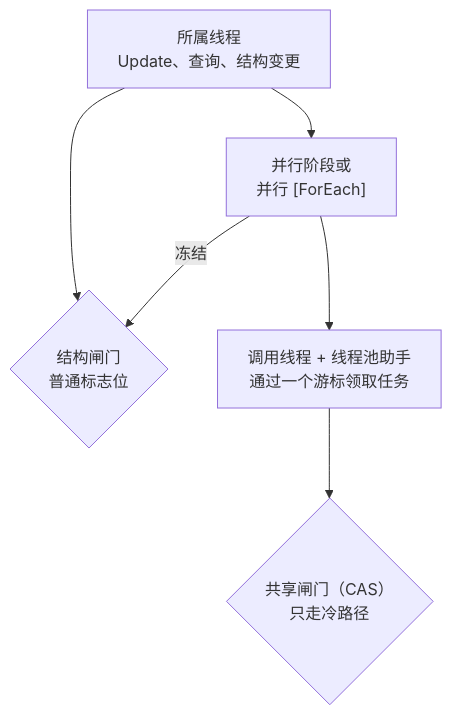
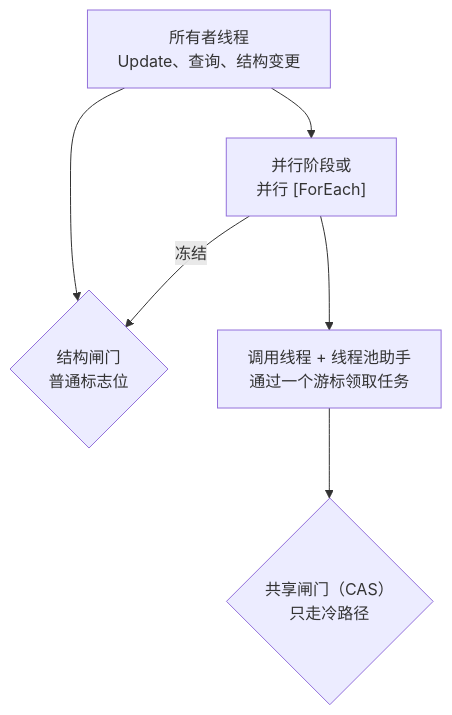
Before and after one commit to JasonXuDeveloper/EasyEcs: the sixth of 6 diagrams in docs/content/architecture.zh.mdx, drawn with Mermaid. The commit also changed other lines of this file and 19 other files, not shown here.

````diff
--- a/docs/content/architecture.zh.mdx
+++ b/docs/content/architecture.zh.mdx
@@ -240,8 +240,8 @@
 ```mermaid
 flowchart TB
-    Owner["所属线程<br/>Update、查询、结构变更"] --> Gate{"结构闸门<br/>普通标志位"}
+    Owner["所有者线程<br/>Update、查询、结构变更"] --> Gate{"结构闸门<br/>普通标志位"}
     Owner --> Stage["并行阶段或<br/>并行 [ForEach]"]
     Stage -->|冻结| Gate
     Stage --> Helpers["调用线程 + 线程池助手<br/>通过一个游标领取任务"]
     Helpers --> Shared{"共享闸门（CAS）<br/>只走冷路径"}
 ```
````
